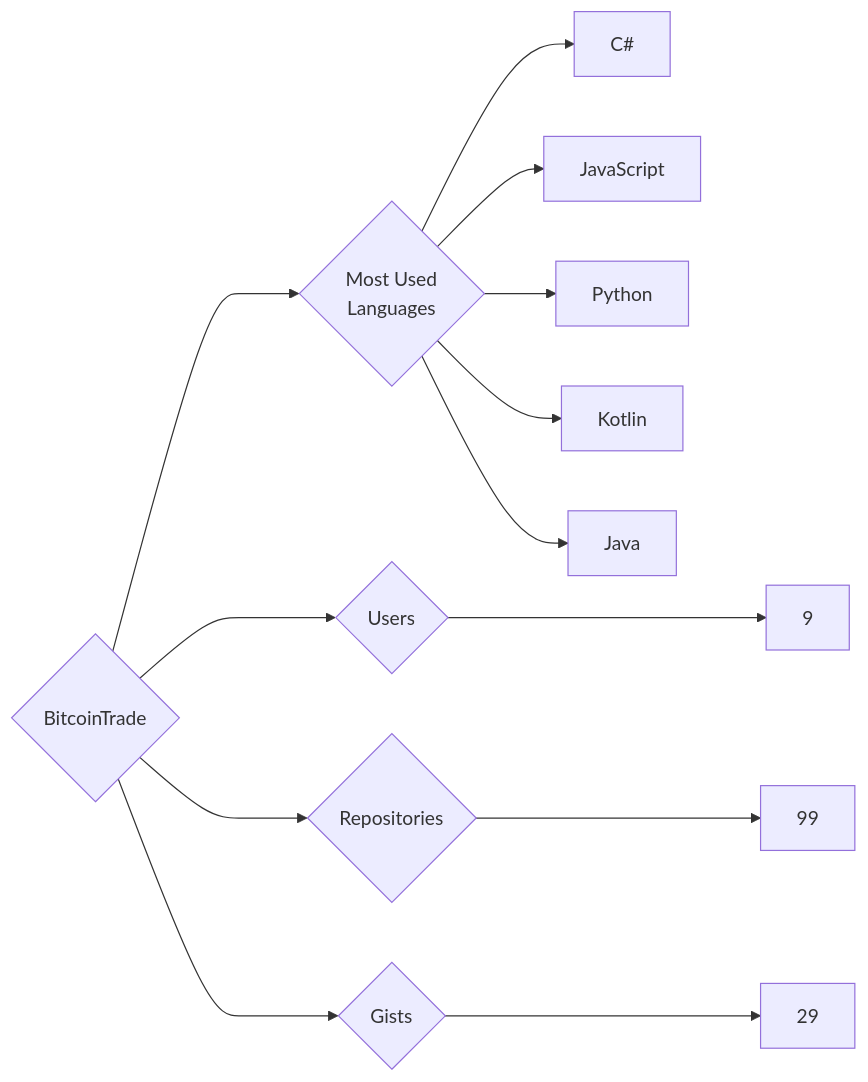
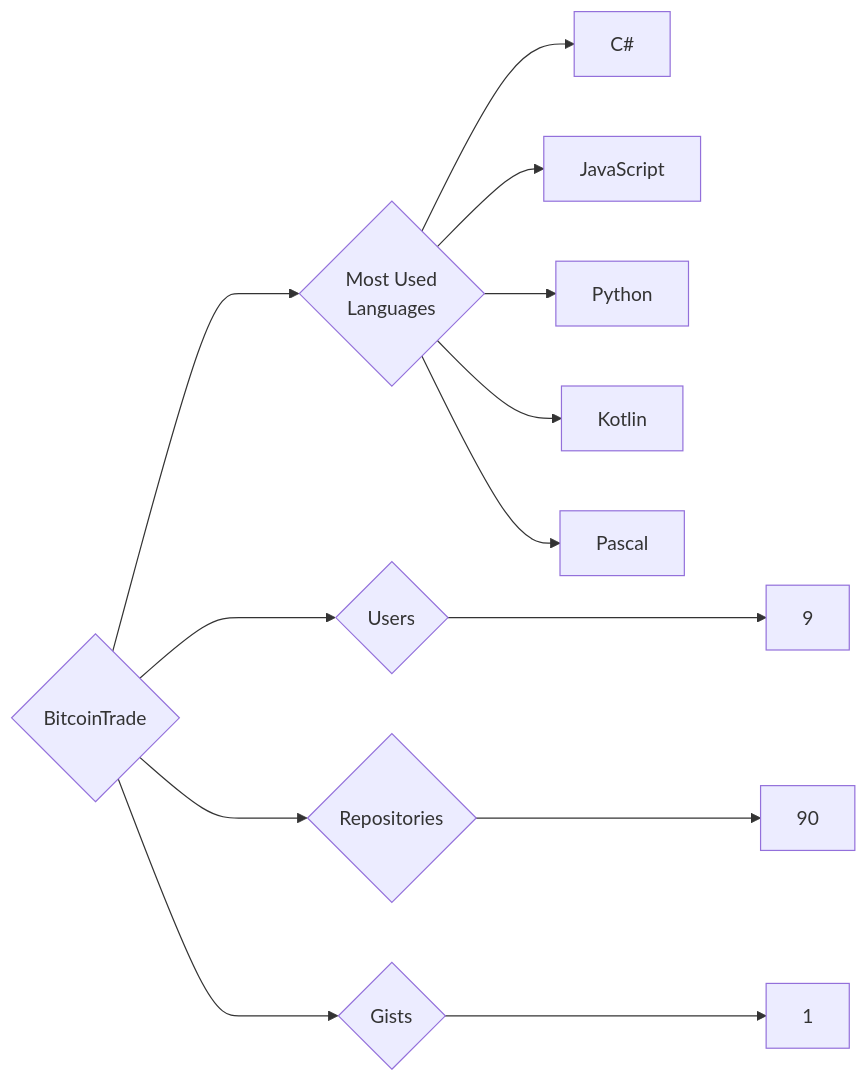
The diagram in targets/BitcoinTrade/README.md (trickest/insiders), drawn with Mermaid before and after one commit. The commit also changed 1195 other files, not shown here.

````diff
--- a/targets/BitcoinTrade/README.md
+++ b/targets/BitcoinTrade/README.md
@@ -3,13 +3,13 @@
 ```mermaid
 graph LR
 COMPANY_NAME{BitcoinTrade}
 COMPANY_NAME ---> U{Users} ---> UN[9]
-COMPANY_NAME ---> R{Repositories} ---> RN[99]
-COMPANY_NAME ---> G{Gists} ---> GN[29]
+COMPANY_NAME ---> R{Repositories} ---> RN[90]
+COMPANY_NAME ---> G{Gists} ---> GN[1]
 COMPANY_NAME ---> ML{Most Used<br>Languages}
 ML --> C#[C#]
 ML --> JavaScript[JavaScript]
 ML --> Python[Python]
 ML --> Kotlin[Kotlin]
-ML --> Java[Java]
+ML --> Pascal[Pascal]
 ```
````
